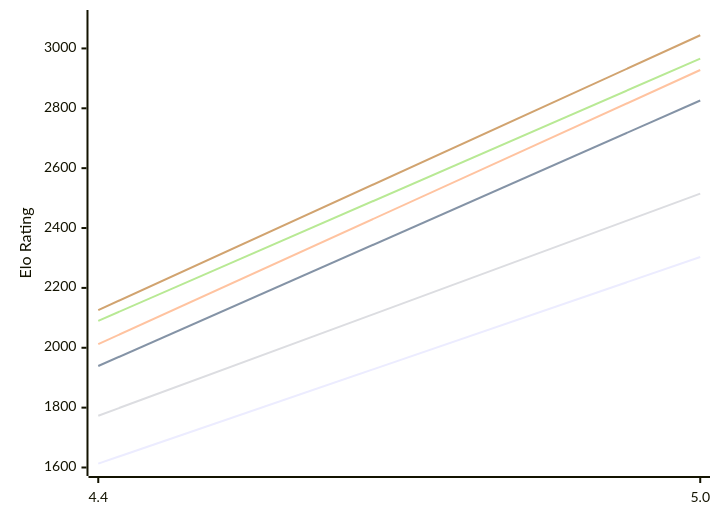
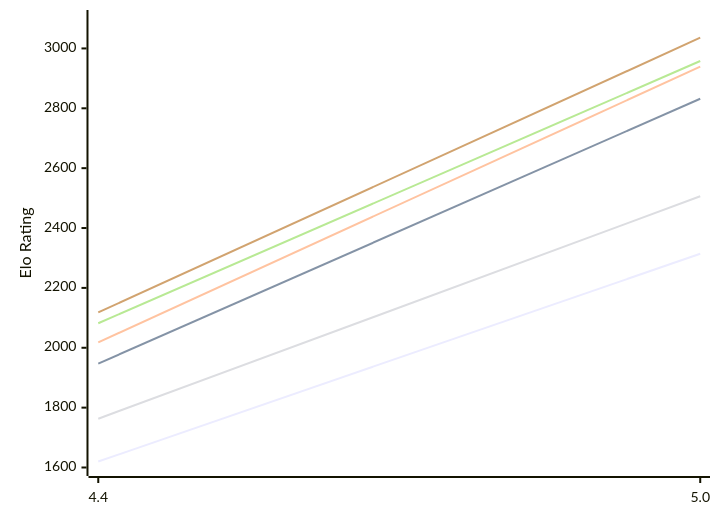
One commit to computer-chess-index/cci changed the first of 2 diagrams in engines/Radiance.md. Above: the diagram before and after it, drawn with Mermaid. The commit also changed other lines of this file, not shown here.

Commit message:
Update CCI Ratings (ELO VLTC) - 2026-11-06

````diff
--- a/engines/Radiance.md
+++ b/engines/Radiance.md
@@ -51,12 +51,12 @@
 ```mermaid
 %%{init: {"theme":"base","themeVariables":{"seriesColors:['#a3a3a3','#222221','#faa371']}}}%%
 xychart-beta
   x-axis ["4.4", "5.0"]
   y-axis "Elo Rating" 1600 --> 3100
-  line "E1: STC (8.0+0.08s)" [1613, 2303]
-  line "E1: LTC (60.0+0.60s)" [1939, 2826]
-  line "E1: VLTC (2m24s+1.12s)" [2012, 2928]
-  line "P1: STC (8.0+0.08s)" [1773, 2515]
-  line "P1: LTC (60.0+0.60s)" [2090, 2966]
-  line "P1: VLTC (2m24s+1.12s)" [2126, 3044]
+  line "E1: STC (8.0+0.08s)" [1620, 2314]
+  line "E1: LTC (60.0+0.60s)" [1947, 2832]
+  line "E1: VLTC (2m24s+1.12s)" [2018, 2939]
+  line "P1: STC (8.0+0.08s)" [1763, 2506]
+  line "P1: LTC (60.0+0.60s)" [2082, 2958]
+  line "P1: VLTC (2m24s+1.12s)" [2118, 3036]
 ```
````
